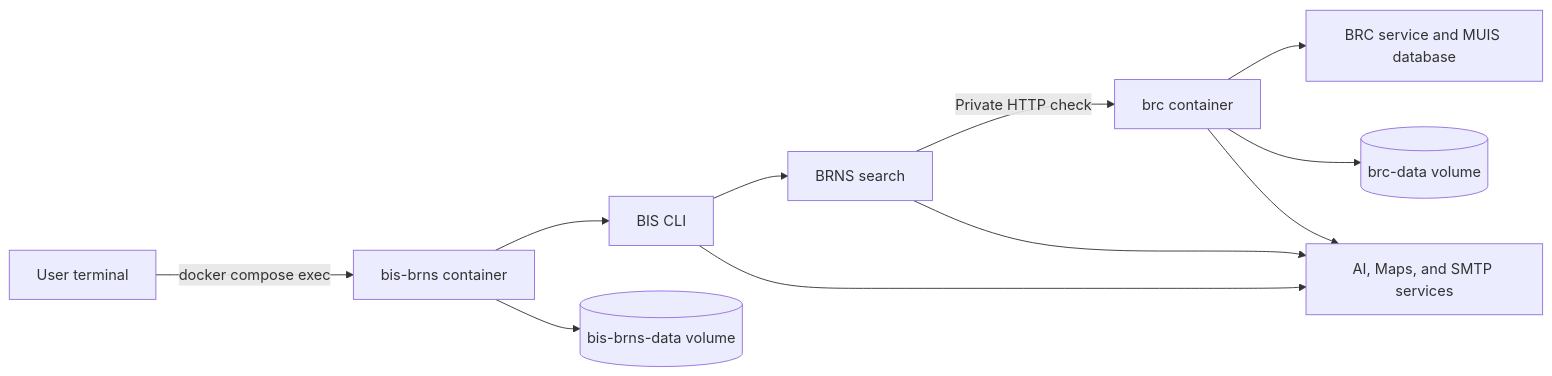
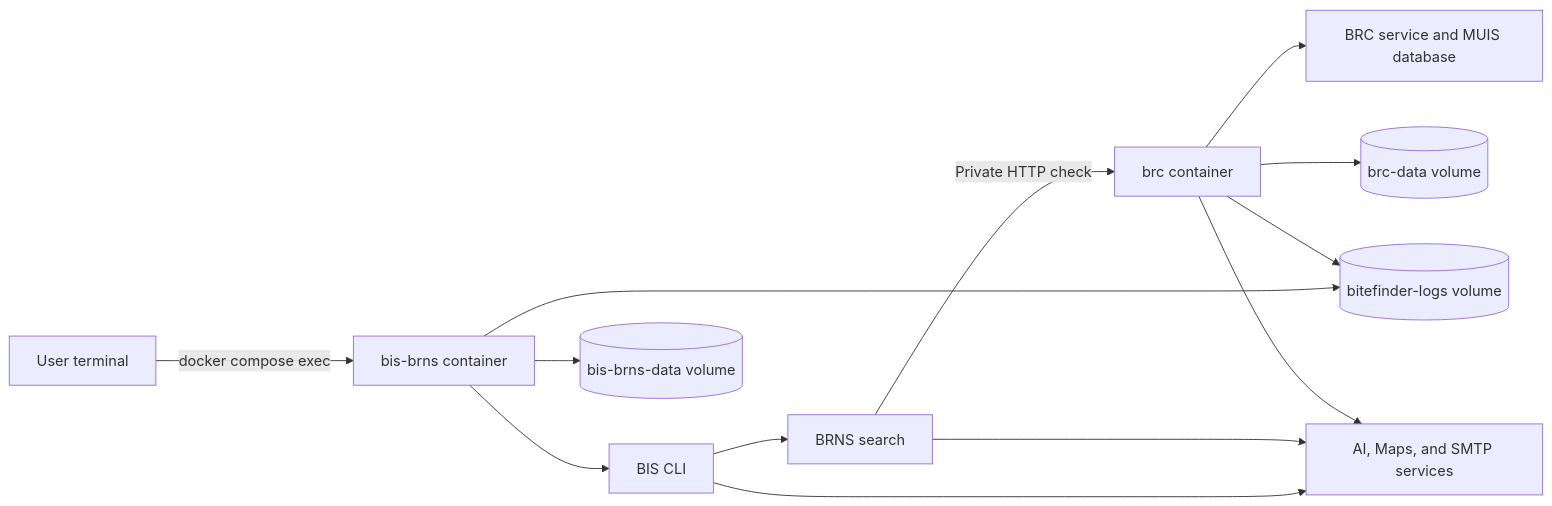
One commit to INF1103-Team-3/Team-Project changed the eighth of 8 diagrams in ProjectFlow.md. Above: the diagram before and after it, drawn with Mermaid. The commit also changed other lines of this file and 7 other files, not shown here.

````diff
--- a/ProjectFlow.md
+++ b/ProjectFlow.md
@@ -291,13 +291,15 @@
 ```mermaid
 flowchart LR
     A[User terminal] -->|docker compose exec| B[bis-brns container]
     B --> C[BIS CLI]
     C --> D[BRNS search]
     D -->|Private HTTP check| E[brc container]
     E --> F[BRC service and MUIS database]
     B --> G[(bis-brns-data volume)]
     E --> H[(brc-data volume)]
+    B --> J[(bitefinder-logs volume)]
+    E --> J
     C --> I[AI, Maps, and SMTP services]
     D --> I
     E --> I
 ```
````
